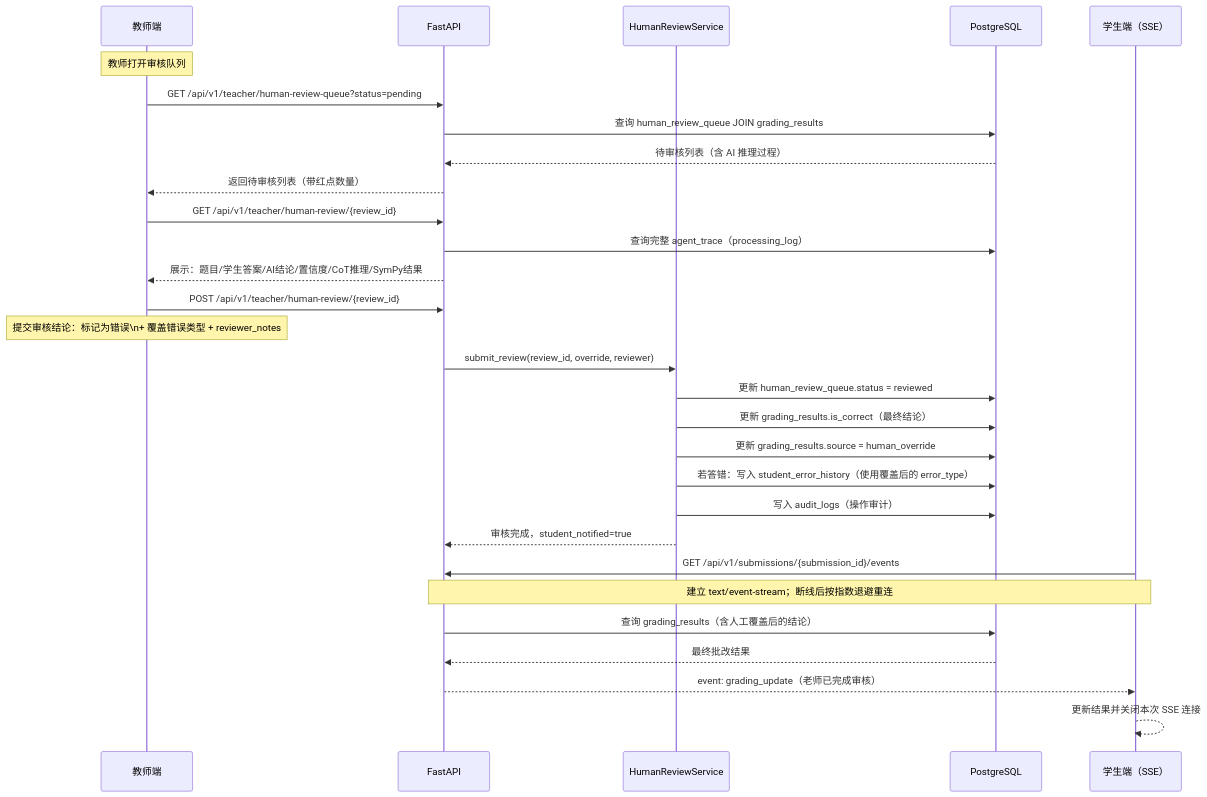
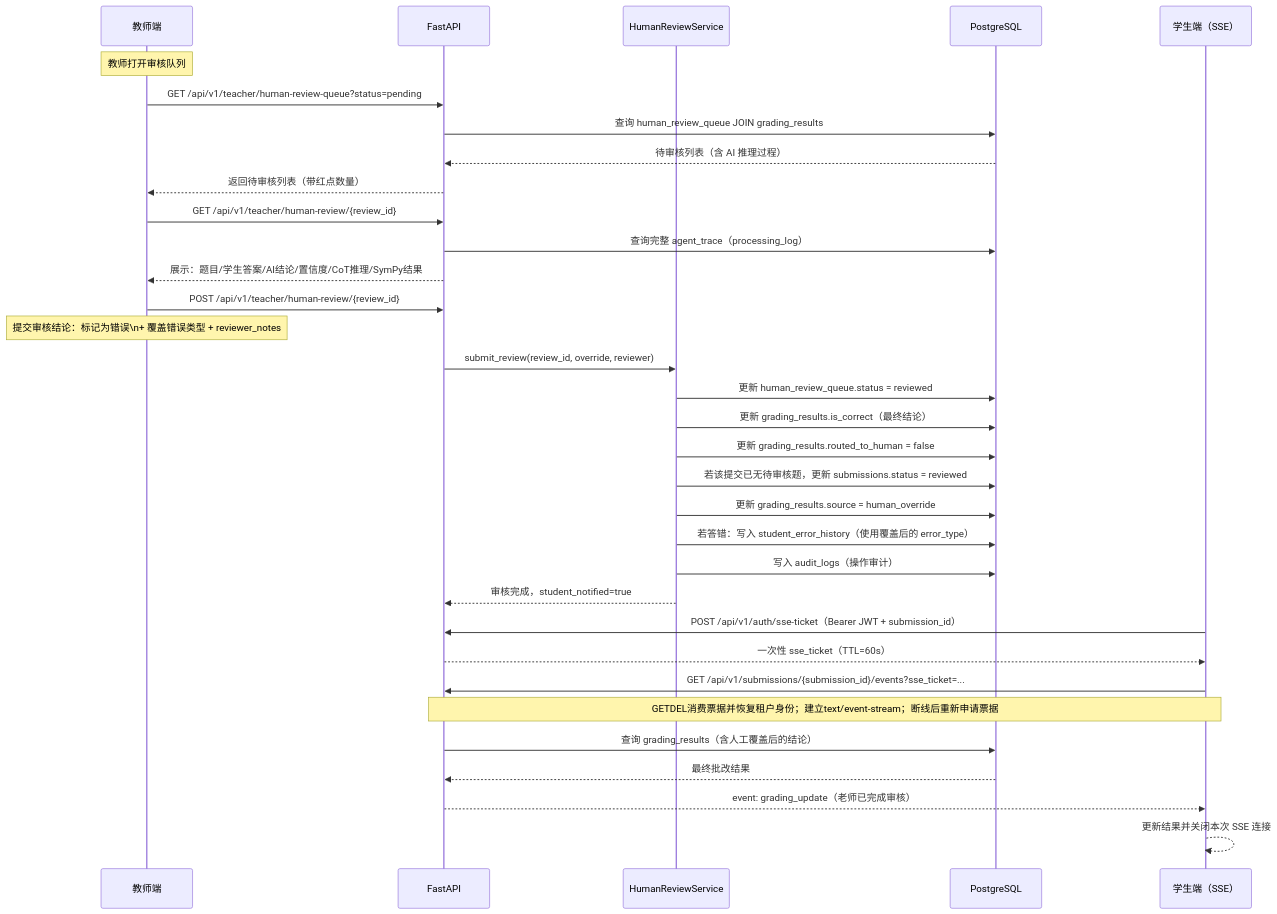
Before and after one commit to CJWDJSLZL/Soaring-Voyage: the third of 8 diagrams in docs/design.md, drawn with Mermaid. The commit also changed other lines of this file and 8 other files, not shown here.

Commit message:
docs: resolve remaining architecture conflicts

````diff
--- a/docs/design.md
+++ b/docs/design.md
@@ -178,37 +179,41 @@
 ```mermaid
 sequenceDiagram
     participant Teacher as 教师端
     participant API as FastAPI
     participant HS as HumanReviewService
     participant DB as PostgreSQL
     participant Student as 学生端（SSE）
 
     note over Teacher: 教师打开审核队列
 
     Teacher->>API: GET /api/v1/teacher/human-review-queue?status=pending
     API->>DB: 查询 human_review_queue JOIN grading_results
     DB-->>API: 待审核列表（含 AI 推理过程）
     API-->>Teacher: 返回待审核列表（带红点数量）
 
     Teacher->>API: GET /api/v1/teacher/human-review/{review_id}
     API->>DB: 查询完整 agent_trace（processing_log）
     API-->>Teacher: 展示：题目/学生答案/AI结论/置信度/CoT推理/SymPy结果
 
     Teacher->>API: POST /api/v1/teacher/human-review/{review_id}
     note over Teacher: 提交审核结论：标记为错误\n+ 覆盖错误类型 + reviewer_notes
 
     API->>HS: submit_review(review_id, override, reviewer)
     HS->>DB: 更新 human_review_queue.status = reviewed
     HS->>DB: 更新 grading_results.is_correct（最终结论）
+    HS->>DB: 更新 grading_results.routed_to_human = false
+    HS->>DB: 若该提交已无待审核题，更新 submissions.status = reviewed
     HS->>DB: 更新 grading_results.source = human_override
     HS->>DB: 若答错：写入 student_error_history（使用覆盖后的 error_type）
     HS->>DB: 写入 audit_logs（操作审计）
     HS-->>API: 审核完成，student_notified=true
 
-    Student->>API: GET /api/v1/submissions/{submission_id}/events
-    note over API,Student: 建立 text/event-stream；断线后按指数退避重连
+    Student->>API: POST /api/v1/auth/sse-ticket（Bearer JWT + submission_id）
+    API-->>Student: 一次性 sse_ticket（TTL=60s）
+    Student->>API: GET /api/v1/submissions/{submission_id}/events?sse_ticket=...
+    note over API,Student: GETDEL消费票据并恢复租户身份；建立text/event-stream；断线后重新申请票据
     API->>DB: 查询 grading_results（含人工覆盖后的结论）
     DB-->>API: 最终批改结果
     API-->>Student: event: grading_update（老师已完成审核）
     Student-->>Student: 更新结果并关闭本次 SSE 连接
 ```
````
